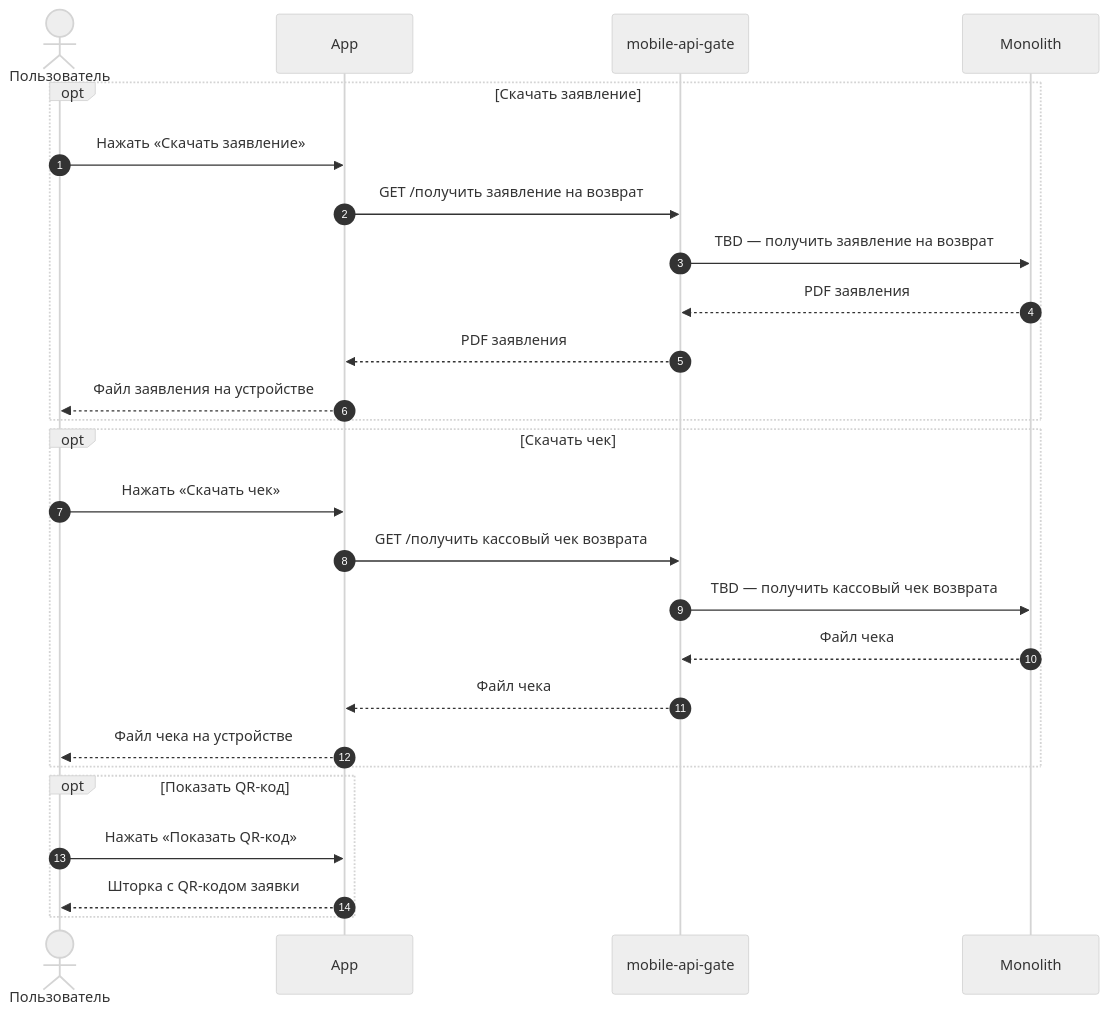
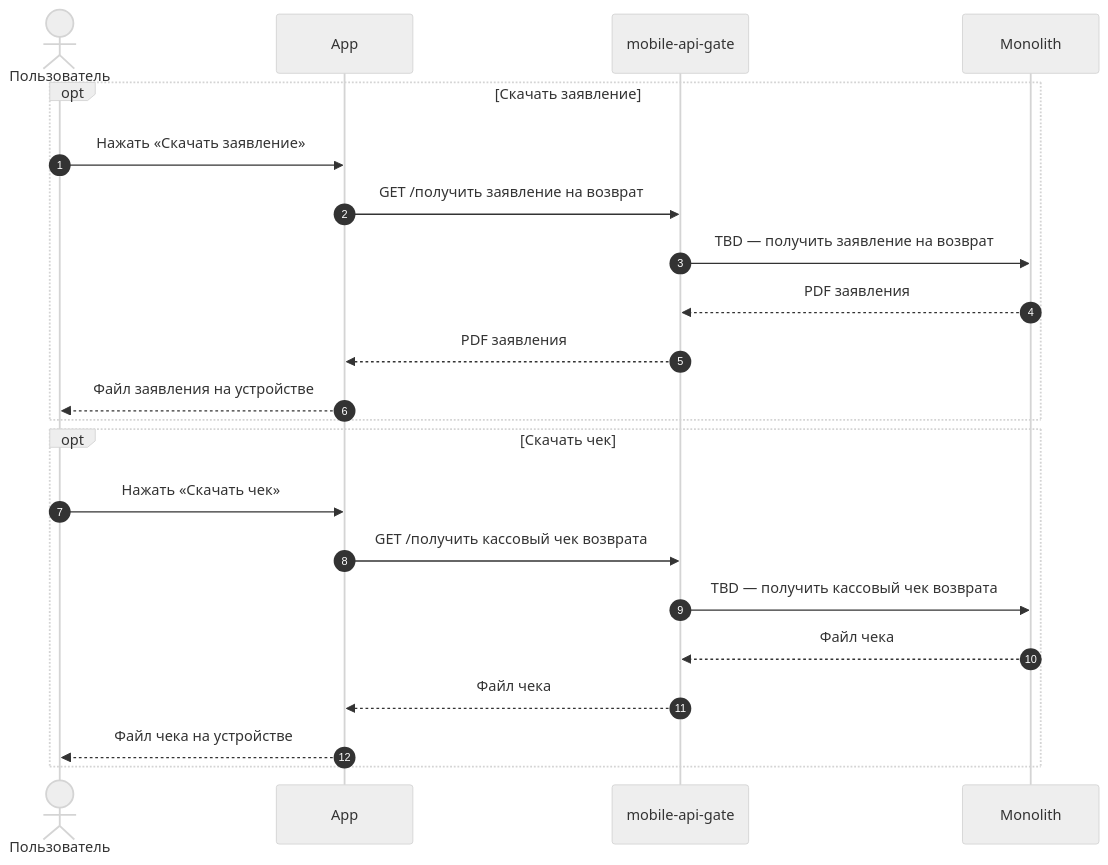
Before and after one commit to Terinss155/opencode-agents-analysis: diagram 21 of 22 in projects/returns-2.0/requirements/srs/srs-mobile-mvp.md, drawn with Mermaid (neutral theme). The commit also changed other lines of this file and 18 other files, not shown here.

````diff
--- a/projects/returns-2.0/requirements/srs/srs-mobile-mvp.md
+++ b/projects/returns-2.0/requirements/srs/srs-mobile-mvp.md
@@ -1353,31 +1447,26 @@
 ```mermaid
 sequenceDiagram
     autonumber
     actor U as Пользователь
     participant APP as App
     participant API as mobile-api-gate
     participant MON as Monolith
 
     opt Скачать заявление
         U->>APP: Нажать «Скачать заявление»
         APP->>API: GET /получить заявление на возврат
         API->>MON: TBD — получить заявление на возврат
         MON-->>API: PDF заявления
         API-->>APP: PDF заявления
         APP-->>U: Файл заявления на устройстве
     end
 
     opt Скачать чек
         U->>APP: Нажать «Скачать чек»
         APP->>API: GET /получить кассовый чек возврата
         API->>MON: TBD — получить кассовый чек возврата
         MON-->>API: Файл чека
         API-->>APP: Файл чека
         APP-->>U: Файл чека на устройстве
     end
-
-    opt Показать QR-код
-        U->>APP: Нажать «Показать QR-код»
-        APP-->>U: Шторка с QR-кодом заявки
-    end
 ```
````
